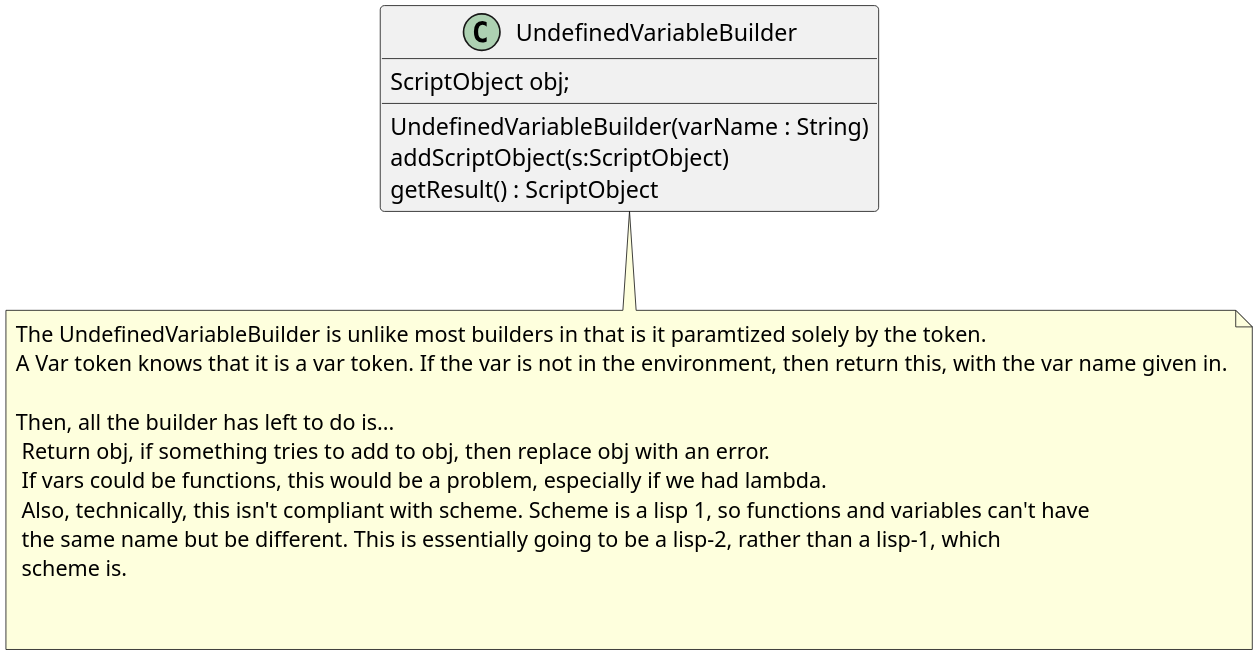
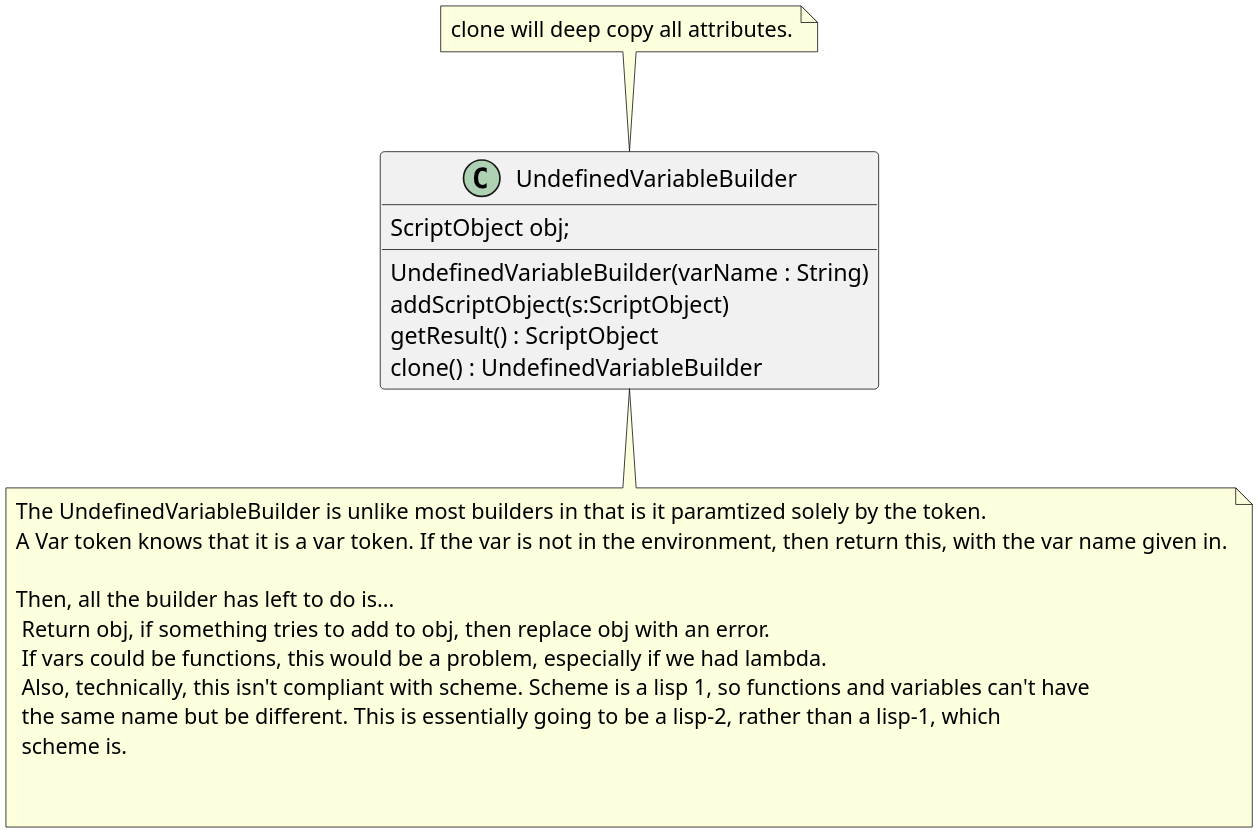
The diagram in Builder/UndefinedVariableBuilder.org (MatthewBregg/DesignPatternsRepo), drawn with PlantUML before and after one commit. The commit also changed 20 other files, not shown here.

```diff
--- a/Builder/UndefinedVariableBuilder.org
+++ b/Builder/UndefinedVariableBuilder.org
@@ -1,23 +1,25 @@
 #+BEGIN_SRC plantuml :file UndefinedVariableBuilder.png
 skinparam dpi 300
 
 class UndefinedVariableBuilder
 UndefinedVariableBuilder : ScriptObject obj;
 UndefinedVariableBuilder : UndefinedVariableBuilder(varName : String)
 UndefinedVariableBuilder : addScriptObject(s:ScriptObject)
 UndefinedVariableBuilder : getResult() : ScriptObject
+UndefinedVariableBuilder : clone() : UndefinedVariableBuilder
+note top : clone will deep copy all attributes.
 
 note bottom of UndefinedVariableBuilder
  The UndefinedVariableBuilder is unlike most builders in that is it paramtized solely by the token.  
  A Var token knows that it is a var token. If the var is not in the environment, then return this, with the var name given in.
 
  Then, all the builder has left to do is...
   Return obj, if something tries to add to obj, then replace obj with an error. 
   If vars could be functions, this would be a problem, especially if we had lambda.
   Also, technically, this isn't compliant with scheme. Scheme is a lisp 1, so functions and variables can't have
   the same name but be different. This is essentially going to be a lisp-2, rather than a lisp-1, which
   scheme is.
   
 
 end note
 #+END_SRC
```
